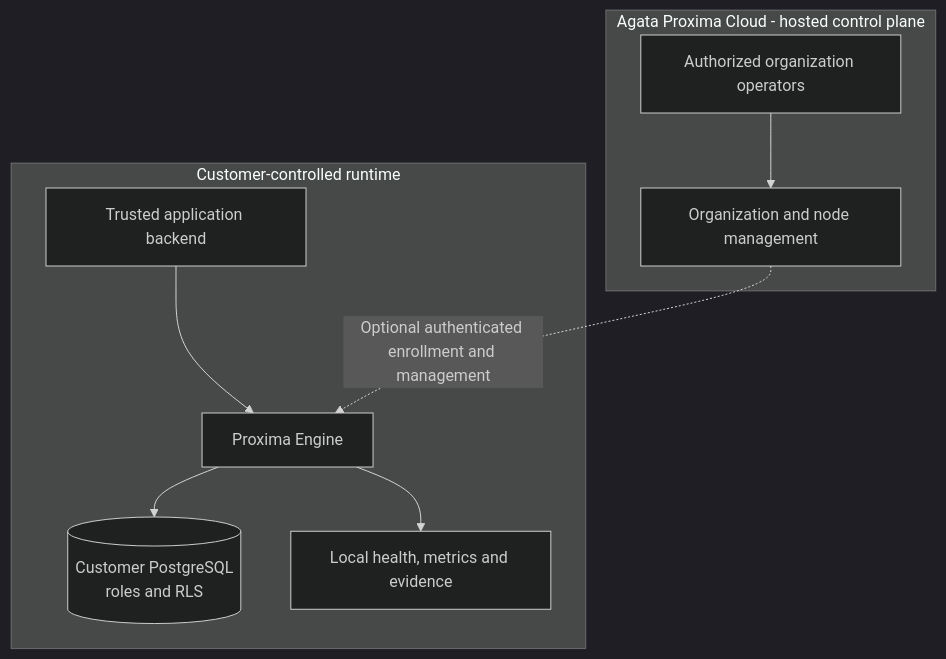
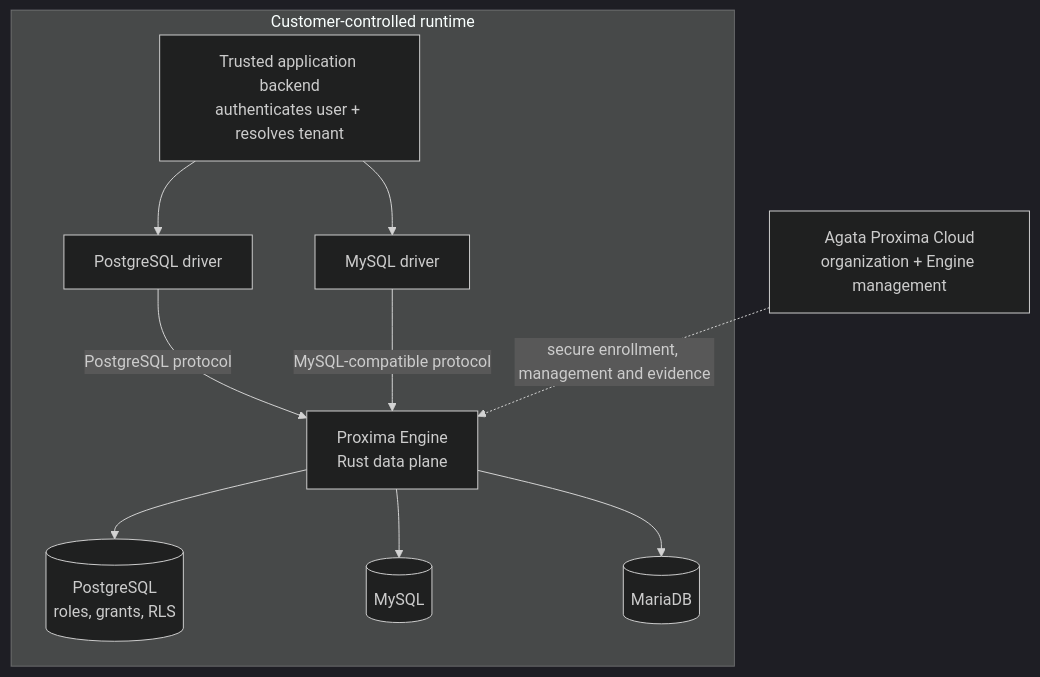
One commit to Proxima-Engine/.github changed the diagram in profile/README.md. Above: the diagram before and after it, drawn with Mermaid (dark theme). The commit also changed other lines of this file, not shown here.

Commit message:
Rebuild organization profile for the expanding multi-database platform

````diff
--- a/profile/README.md
+++ b/profile/README.md
@@ -73,12 +24,19 @@
-```mermaid
+~~~mermaid
 flowchart TB
-    subgraph Cloud["Agata Proxima Cloud - hosted control plane"]
-      Org["Authorized organization operators"] --> Control["Organization and node management"]
+    App["Trusted application backend<br/>authenticates user + resolves tenant"]
+    subgraph DataPlane["Customer-controlled runtime"]
+      PGDriver["PostgreSQL driver"]
+      MyDriver["MySQL driver"]
+      Engine["Proxima Engine<br/>Rust data plane"]
+      PG[("PostgreSQL<br/>roles, grants, RLS")]
+      MySQL[("MySQL")]
+      Maria[("MariaDB")]
+      App --> PGDriver -->|"PostgreSQL protocol"| Engine
+      App --> MyDriver -->|"MySQL-compatible protocol"| Engine
+      Engine --> PG
+      Engine --> MySQL
+      Engine --> Maria
     end
-    subgraph Runtime["Customer-controlled runtime"]
-      Backend["Trusted application backend"] --> Engine["Proxima Engine"]
-      Engine --> DB[("Customer PostgreSQL<br/>roles and RLS")]
-      Engine --> Ops["Local health, metrics and evidence"]
-    end
-    Control -. "Optional authenticated enrollment and management" .-> Engine
-```
+    Cloud["Agata Proxima Cloud<br/>organization + Engine management"]
+    Cloud -. "secure enrollment, management and evidence" .-> Engine
+~~~
````
